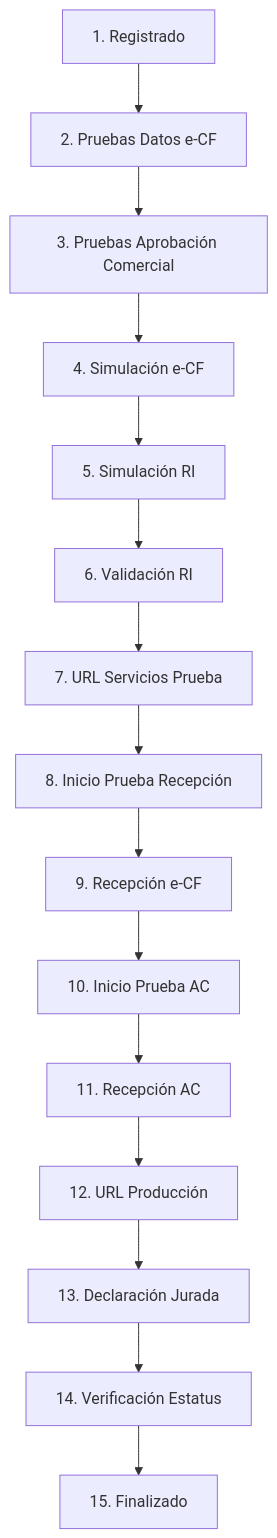
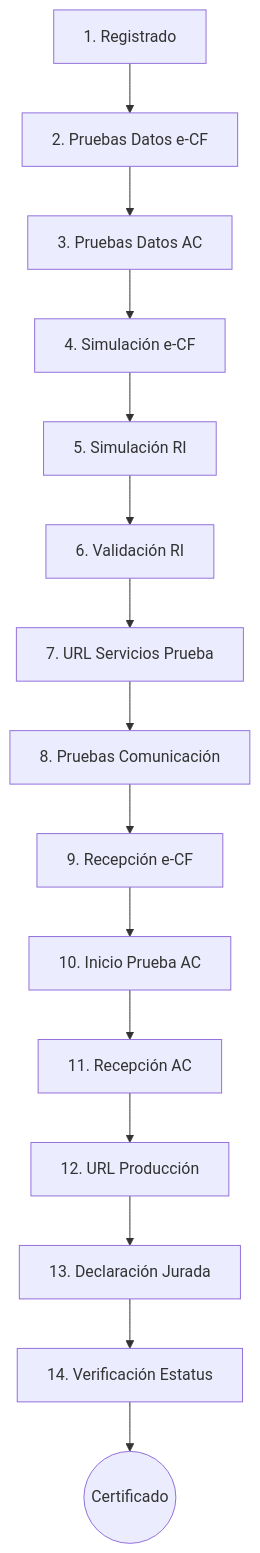
The diagram in markdown/guides/certification-process.md (Tikiti/ecf-docs), drawn with Mermaid before and after one commit. The commit also changed other lines of this file and 9163 other files, not shown here.

````diff
--- a/markdown/guides/certification-process.md
+++ b/markdown/guides/certification-process.md
@@ -55,17 +55,17 @@
 ```mermaid
 flowchart TD
     A[1. Registrado] --> B[2. Pruebas Datos e-CF]
-    B --> C[3. Pruebas Aprobación Comercial]
+    B --> C[3. Pruebas Datos AC]
     C --> D[4. Simulación e-CF]
     D --> E[5. Simulación RI]
     E --> F[6. Validación RI]
     F --> G[7. URL Servicios Prueba]
-    G --> H[8. Inicio Prueba Recepción]
+    G --> H[8. Pruebas Comunicación]
     H --> I[9. Recepción e-CF]
     I --> J[10. Inicio Prueba AC]
     J --> K[11. Recepción AC]
     K --> L[12. URL Producción]
     L --> M[13. Declaración Jurada]
     M --> N[14. Verificación Estatus]
-    N --> O[15. Finalizado]
+    N --> O((Certificado))
 ```
````
